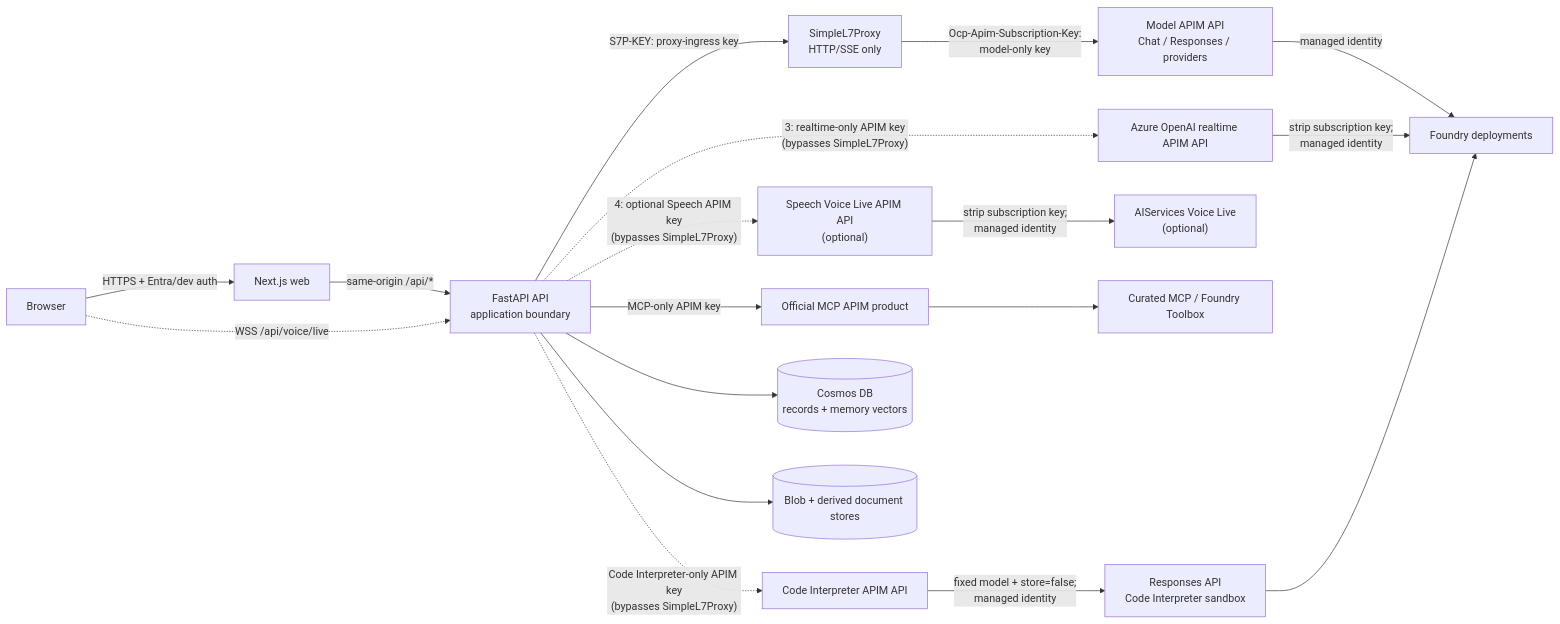
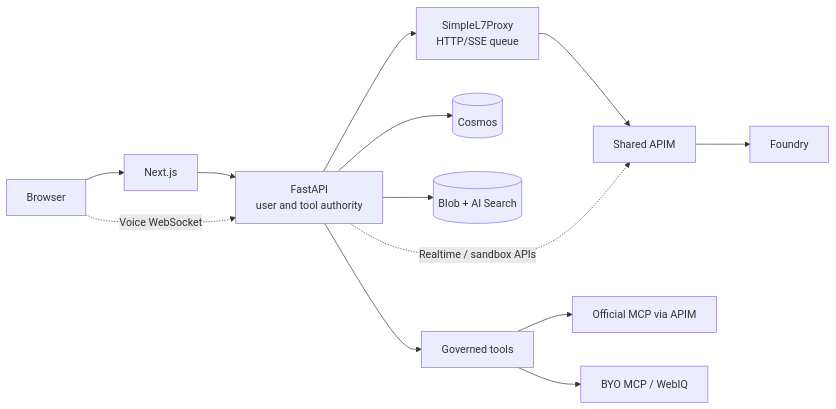
One commit to ian-t-adams/AI4IA changed the diagram in docs/architecture.md. Above: the diagram before and after it, drawn with Mermaid. The commit also changed other lines of this file and 81 other files, not shown here.

````diff
--- a/docs/architecture.md
+++ b/docs/architecture.md
@@ -70,36 +56,15 @@
 ```mermaid
 flowchart LR
-  B["Browser"]
-  W["Next.js web"]
-  A["FastAPI API<br/>application boundary"]
-  P["SimpleL7Proxy<br/>HTTP/SSE only"]
-  G["Model APIM API<br/>Chat / Responses / providers"]
-  R["Azure OpenAI realtime APIM API"]
-  V["Speech Voice Live APIM API<br/>(optional)"]
-  I["Code Interpreter APIM API"]
-  M["Official MCP APIM product"]
-  F["Foundry deployments"]
-  S["AIServices Voice Live<br/>(optional)"]
-  T["Curated MCP / Foundry Toolbox"]
-  X["Responses API<br/>Code Interpreter sandbox"]
-  C[("Cosmos DB<br/>records + memory vectors")]
-  D[("Blob + derived document stores")]
-
-  B -->|"HTTPS + Entra/dev auth"| W
-  W -->|"same-origin /api/*"| A
-  B -. "WSS /api/voice/live" .-> A
-  A -->|"S7P-KEY: proxy-ingress key"| P
-  P -->|"Ocp-Apim-Subscription-Key:<br/>model-only key"| G
-  G -->|"managed identity"| F
-  A -. "3: realtime-only APIM key<br/>(bypasses SimpleL7Proxy)" .-> R
-  R -->|"strip subscription key;<br/>managed identity"| F
-  A -. "4: optional Speech APIM key<br/>(bypasses SimpleL7Proxy)" .-> V
-  V -->|"strip subscription key;<br/>managed identity"| S
-  A -->|"MCP-only APIM key"| M
-  M --> T
-  A -. "Code Interpreter-only APIM key<br/>(bypasses SimpleL7Proxy)" .-> I
-  I -->|"fixed model + store=false;<br/>managed identity"| X
-  X --> F
-  A --> C
-  A --> D
+  B["Browser"] --> W["Next.js"]
+  W --> A["FastAPI<br/>user and tool authority"]
+  A --> P["SimpleL7Proxy<br/>HTTP/SSE queue"]
+  P --> G["Shared APIM"]
+  G --> F["Foundry"]
+  B -. "Voice WebSocket" .-> A
+  A -. "Realtime / sandbox APIs" .-> G
+  A --> C[("Cosmos")]
+  A --> D[("Blob + AI Search")]
+  A --> T["Governed tools"]
+  T --> M["Official MCP via APIM"]
+  T --> X["BYO MCP / WebIQ"]
 ```
````
